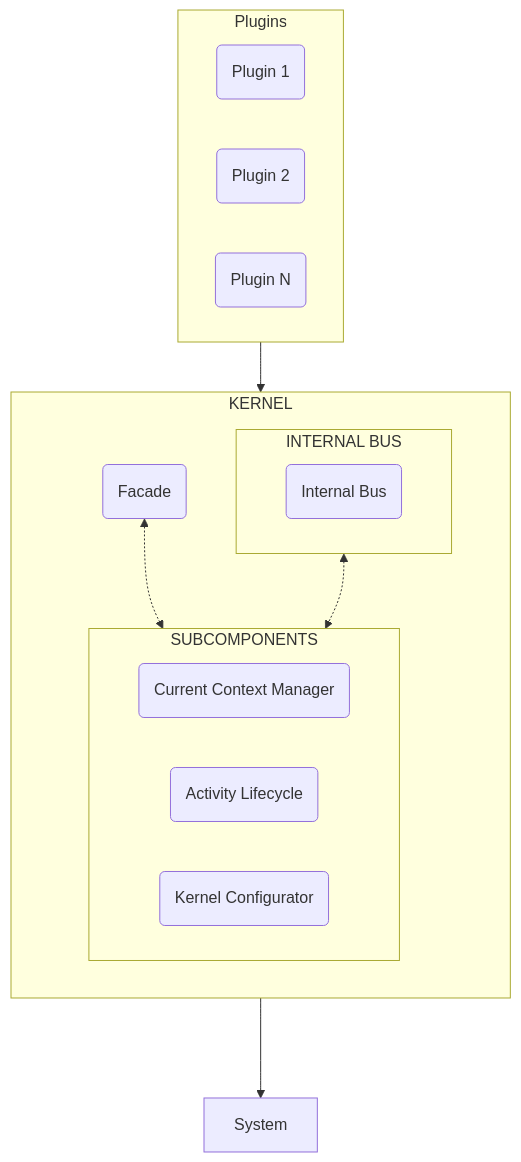
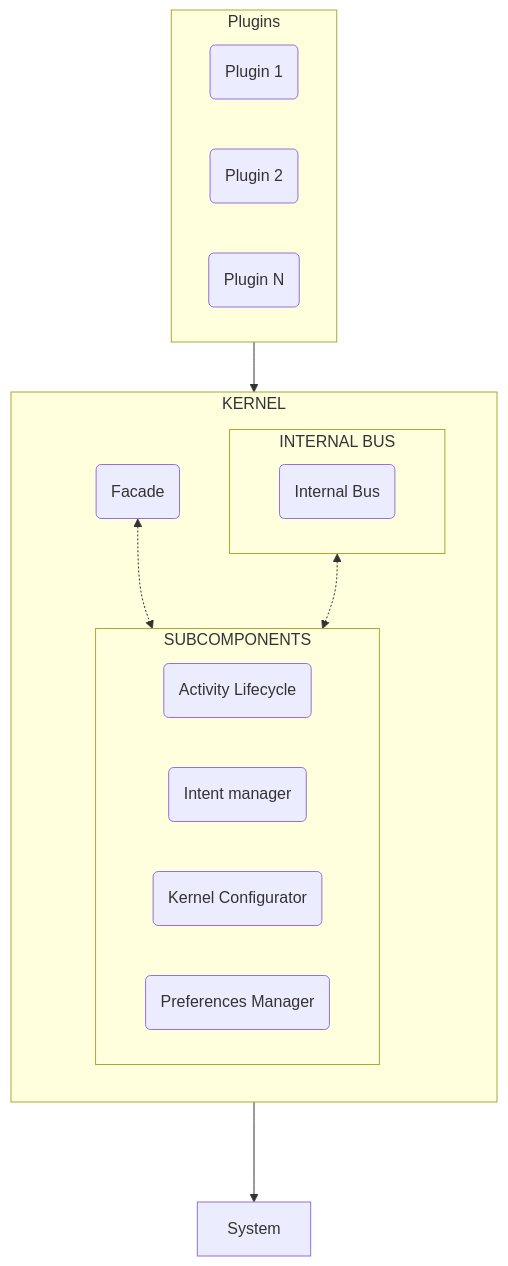
One commit to agp221-ua/ModuleDroid-Doc changed the diagram in docs/kernel/kernel.md. Above: the diagram before and after it, drawn with Mermaid. The commit also changed other lines of this file and 18 other files, not shown here.

````diff
--- a/docs/kernel/kernel.md
+++ b/docs/kernel/kernel.md
@@ -27,28 +25,29 @@
 ```mermaid
 flowchart TB
     subgraph k[KERNEL]
         direction TB
         f(Facade)
         subgraph c[INTERNAL BUS]
             c1(Internal Bus)
         end
         subgraph sc[SUBCOMPONENTS]
-            sc1(Current Context Manager)
-            sc2(Activity Lifecycle)
+            sc1(Activity Lifecycle)
+            sc2(Intent manager)
             sc3(Kernel Configurator)
+            sc4(Preferences Manager)
         end
     end
     
     subgraph p[Plugins]
         direction LR
         pa(Plugin 1) 
         pb(Plugin 2)
         pc(Plugin N)
     end
     p --> f
     
     f <-.-> sc
     c <-.-> sc
     sc ---> System
 
 ```
````
